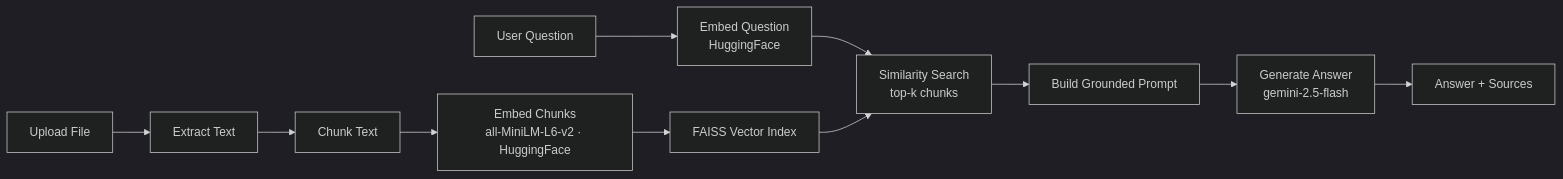
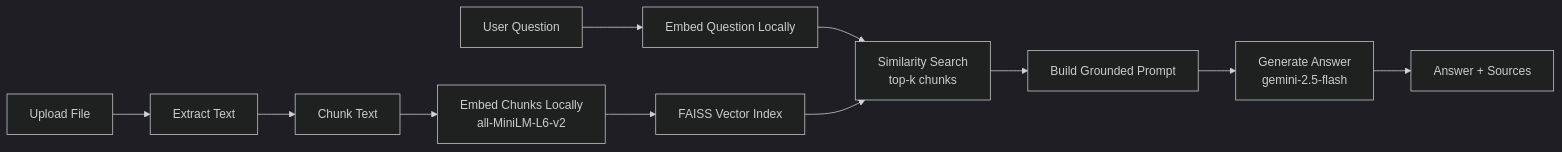
Before and after one commit to HananAIBuilds/docuchat-ai: the diagram in README.md, drawn with Mermaid (dark theme). The commit also changed other lines of this file, not shown here.

````diff
--- a/README.md
+++ b/README.md
@@ -24,13 +23,13 @@
 ```mermaid
 flowchart LR
     A[Upload File] --> B[Extract Text]
     B --> C[Chunk Text]
-    C --> D[Embed Chunks<br/>all-MiniLM-L6-v2 · HuggingFace]
+    C --> D[Embed Chunks Locally<br/>all-MiniLM-L6-v2]
     D --> E[FAISS Vector Index]
-    F[User Question] --> G[Embed Question<br/>HuggingFace]
+    F[User Question] --> G[Embed Question Locally]
     G --> H[Similarity Search<br/>top-k chunks]
     E --> H
     H --> I[Build Grounded Prompt]
     I --> J[Generate Answer<br/>gemini-2.5-flash]
     J --> K[Answer + Sources]
 ```
````
